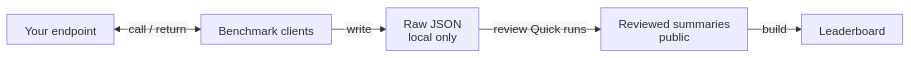
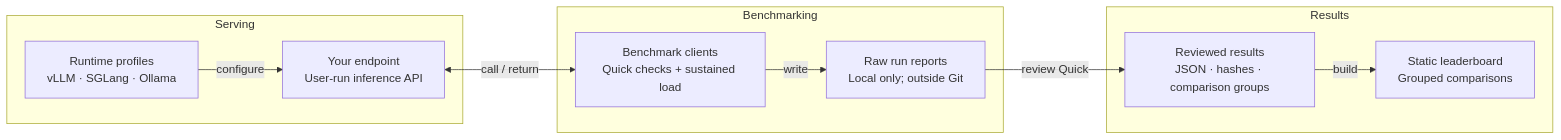
Before and after one commit to bemaru/llm-inference-lab: the diagram in README.md, drawn with Mermaid. The commit also changed other lines of this file and 14 other files, not shown here.

````diff
--- a/README.md
+++ b/README.md
@@ -33,18 +45,22 @@
 ```mermaid
----
-config:
-  htmlLabels: false
-  fontFamily: Arial
-  flowchart:
-    padding: 12
-    rankSpacing: 36
-  themeCSS: ".edgeLabel rect { fill: #ffffff !important; opacity: 1 !important; }"
----
 flowchart LR
-    accTitle: Inference benchmark evidence flow
-    accDescr: Benchmark clients call a user-provided endpoint and save local result JSON. Selected Quick runs are reviewed and normalized into public summaries, then rendered as a static leaderboard.
-    E["Your endpoint"] <-->|call / return| B["Benchmark clients"]
-    B -->|write| R["Raw JSON<br/>local only"]
-    R -->|review Quick runs| S["Reviewed summaries<br/>public"]
-    S -->|build| L["Leaderboard"]
+    accTitle: LLM Inference Lab project overview
+    accDescr: Serving profiles configure a user-run endpoint. Benchmark clients exchange API requests and responses with that endpoint and write local raw reports. Reviewed Quick runs become public summaries and a generated leaderboard. Characterization stays on a separate results track.
+    subgraph serving["Serving"]
+        profiles["Runtime profiles<br/>vLLM · SGLang · Ollama"]
+        endpoint["Your endpoint<br/>User-run inference API"]
+    end
+    subgraph benchmarking["Benchmarking"]
+        clients["Benchmark clients<br/>Quick checks + sustained load"]
+        raw["Raw run reports<br/>Local only; outside Git"]
+    end
+    subgraph evidence["Results"]
+        results["Reviewed results<br/>JSON · hashes · comparison groups"]
+        leaderboard["Static leaderboard<br/>Grouped comparisons"]
+    end
+    profiles -->|configure| endpoint
+    endpoint <-->|call / return| clients
+    clients -->|write| raw
+    raw -->|review Quick| results
+    results -->|build| leaderboard
 ```
````
